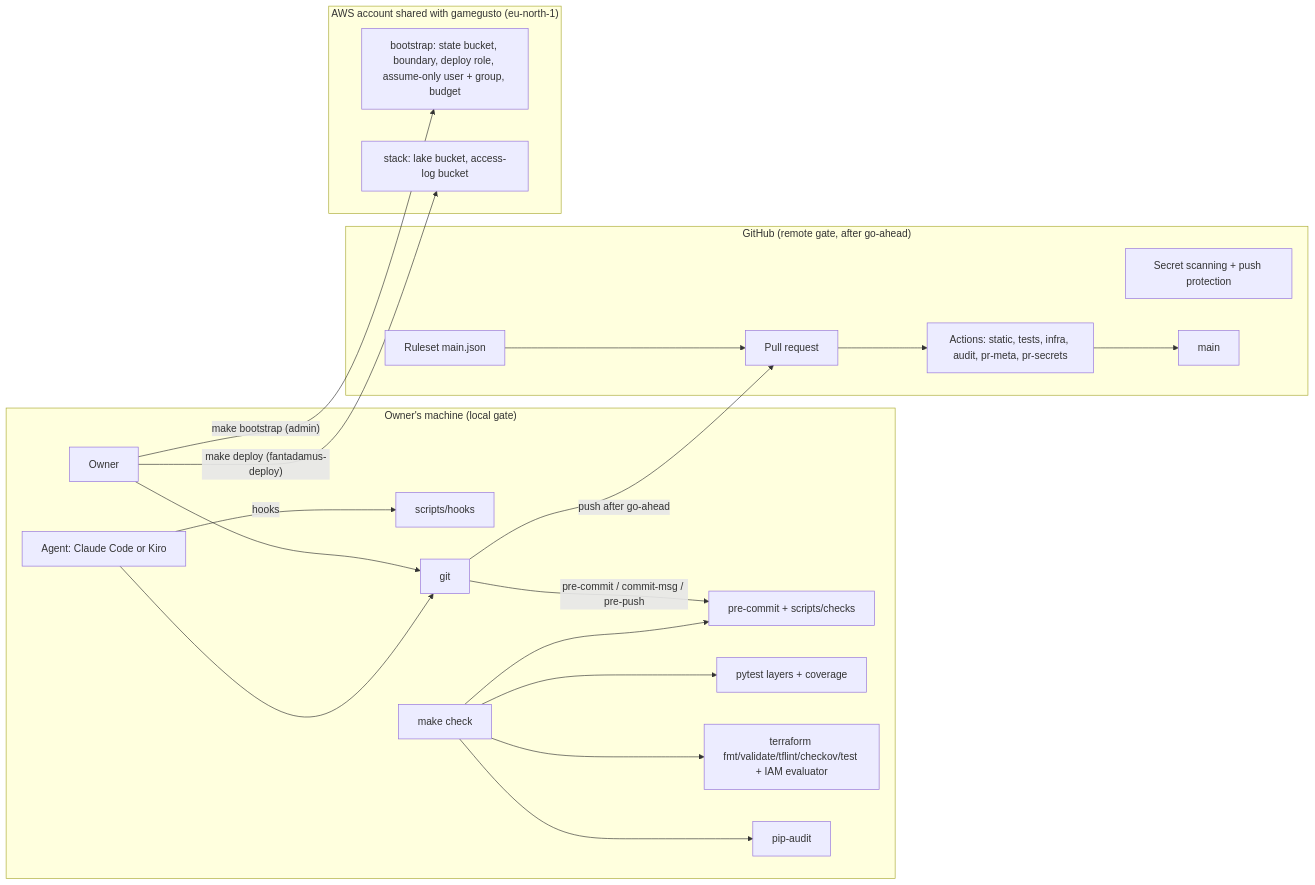
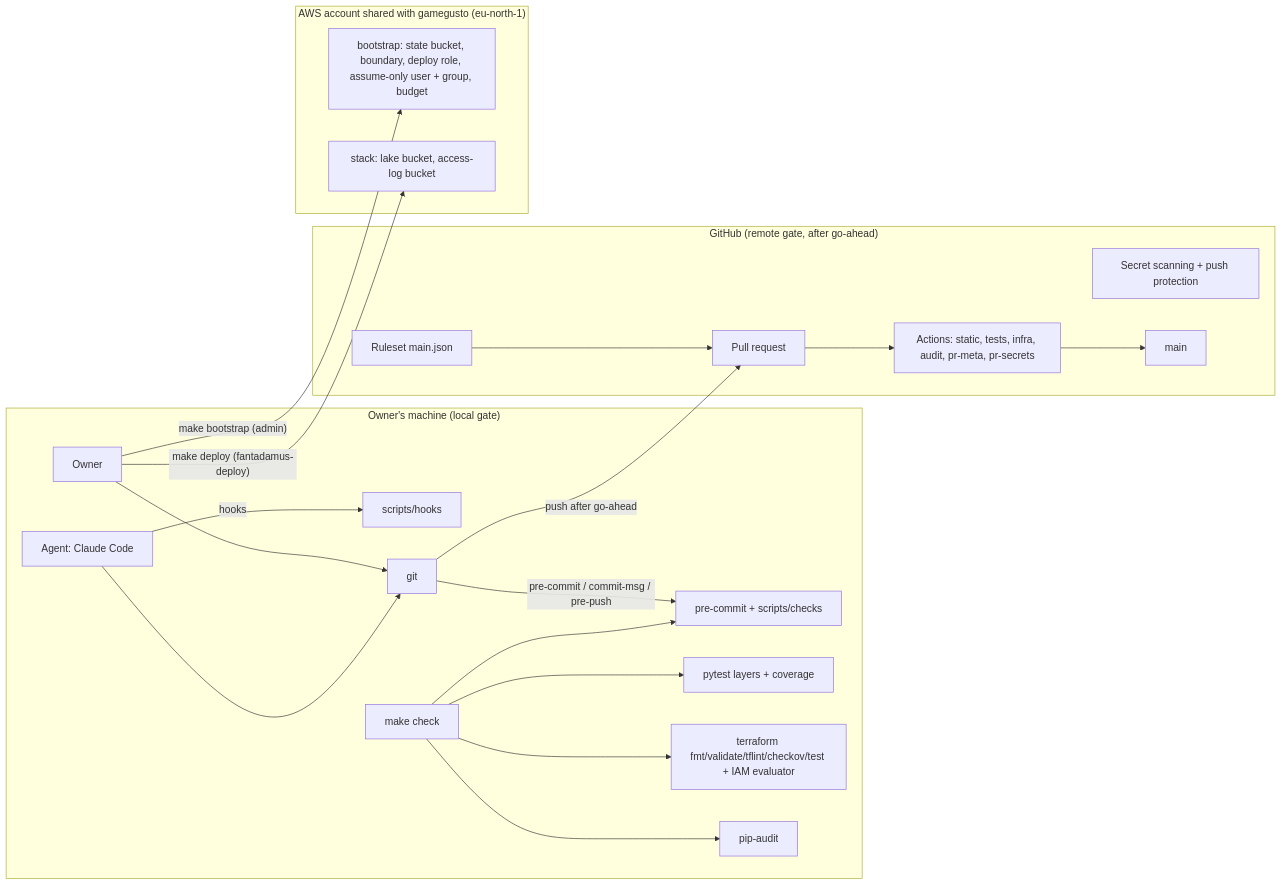
The first of 7 diagrams in .kiro/specs/engineering-foundation/design.md (cpav/fantadamus), drawn with Mermaid before and after one commit. The commit also changed other lines of this file and 6 other files, not shown here.

First line of the commit message:
docs(ef): drop Kiro; Claude Code is the only agent

````diff
--- a/.kiro/specs/engineering-foundation/design.md
+++ b/.kiro/specs/engineering-foundation/design.md
@@ -58,26 +58,26 @@
 ```mermaid
 flowchart LR
   subgraph Local["Owner's machine (local gate)"]
-    A[Agent: Claude Code or Kiro] -- hooks --> H[scripts/hooks]
+    A[Agent: Claude Code] -- hooks --> H[scripts/hooks]
     Dev[Owner] --> G[git]
     A --> G
     G -- pre-commit / commit-msg / pre-push --> PC[pre-commit + scripts/checks]
     M[make check] --> PC
     M --> T[pytest layers + coverage]
     M --> I[terraform fmt/validate/tflint/checkov/test + IAM evaluator]
     M --> AU[pip-audit]
   end
   subgraph GitHub["GitHub (remote gate, after go-ahead)"]
     RS[Ruleset main.json] --> PR[Pull request]
     PP[Secret scanning + push protection]
     PR --> CI[Actions: static, tests, infra, audit, pr-meta, pr-secrets]
     CI --> MAIN[main]
   end
   subgraph AWS["AWS account shared with gamegusto (eu-north-1)"]
     BS[bootstrap: state bucket, boundary, deploy role, assume-only user + group, budget]
     ST[stack: lake bucket, access-log bucket]
   end
   G -- push after go-ahead --> PR
   Dev -- make bootstrap (admin) --> BS
   Dev -- make deploy (fantadamus-deploy) --> ST
 ```
````
